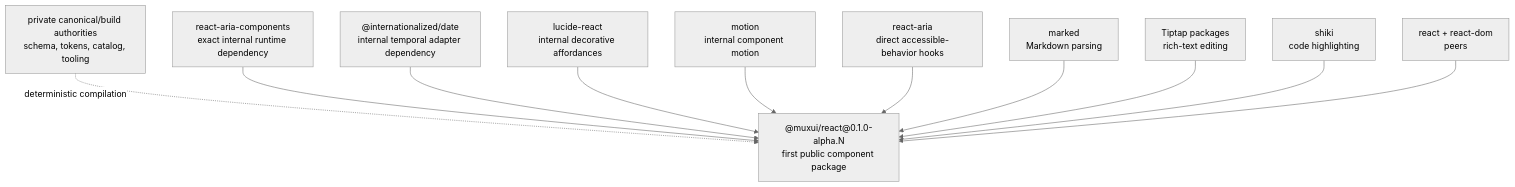
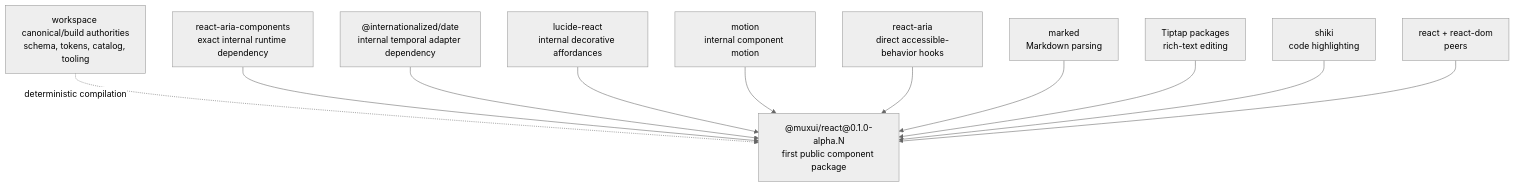
One commit to ndrewtran/muxui changed the second of 3 diagrams in strategy/monorepo-architecture.md. Above: the diagram before and after it, drawn with Mermaid (neutral theme). The commit also changed other lines of this file and 4 other files, not shown here.

First line of the commit message:
docs(decisions): accept the P2.1 public package graph (Decision 0032)

````diff
--- a/strategy/monorepo-architecture.md
+++ b/strategy/monorepo-architecture.md
@@ -1302,25 +1302,25 @@
 ```mermaid
 flowchart TD
-  canonical["private canonical/build authorities\nschema, tokens, catalog, tooling"]
+  canonical["workspace canonical/build authorities\nschema, tokens, catalog, tooling"]
   react["@muxui/react@0.1.0-alpha.N\nfirst public component package"]
   aria["react-aria-components\nexact internal runtime dependency"]
   temporal["@internationalized/date\ninternal temporal adapter dependency"]
   lucide["lucide-react\ninternal decorative affordances"]
   motion["motion\ninternal component motion"]
   hooks["react-aria\ndirect accessible-behavior hooks"]
   markdown["marked\nMarkdown parsing"]
   editor["Tiptap packages\nrich-text editing"]
   highlighter["shiki\ncode highlighting"]
   peers["react + react-dom\npeers"]
 
   canonical -. deterministic compilation .-> react
   aria --> react
   temporal --> react
   lucide --> react
   motion --> react
   hooks --> react
   markdown --> react
   editor --> react
   highlighter --> react
   peers --> react
 ```
````
